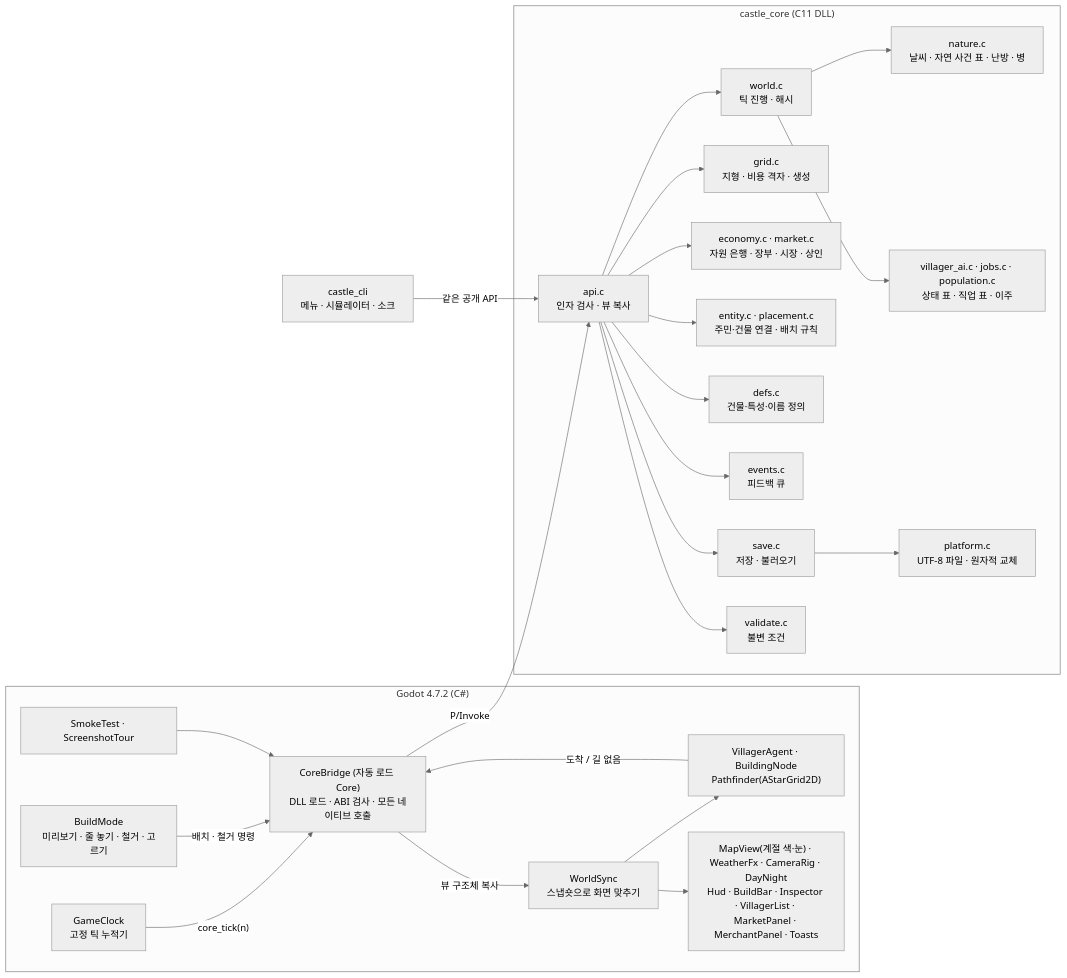
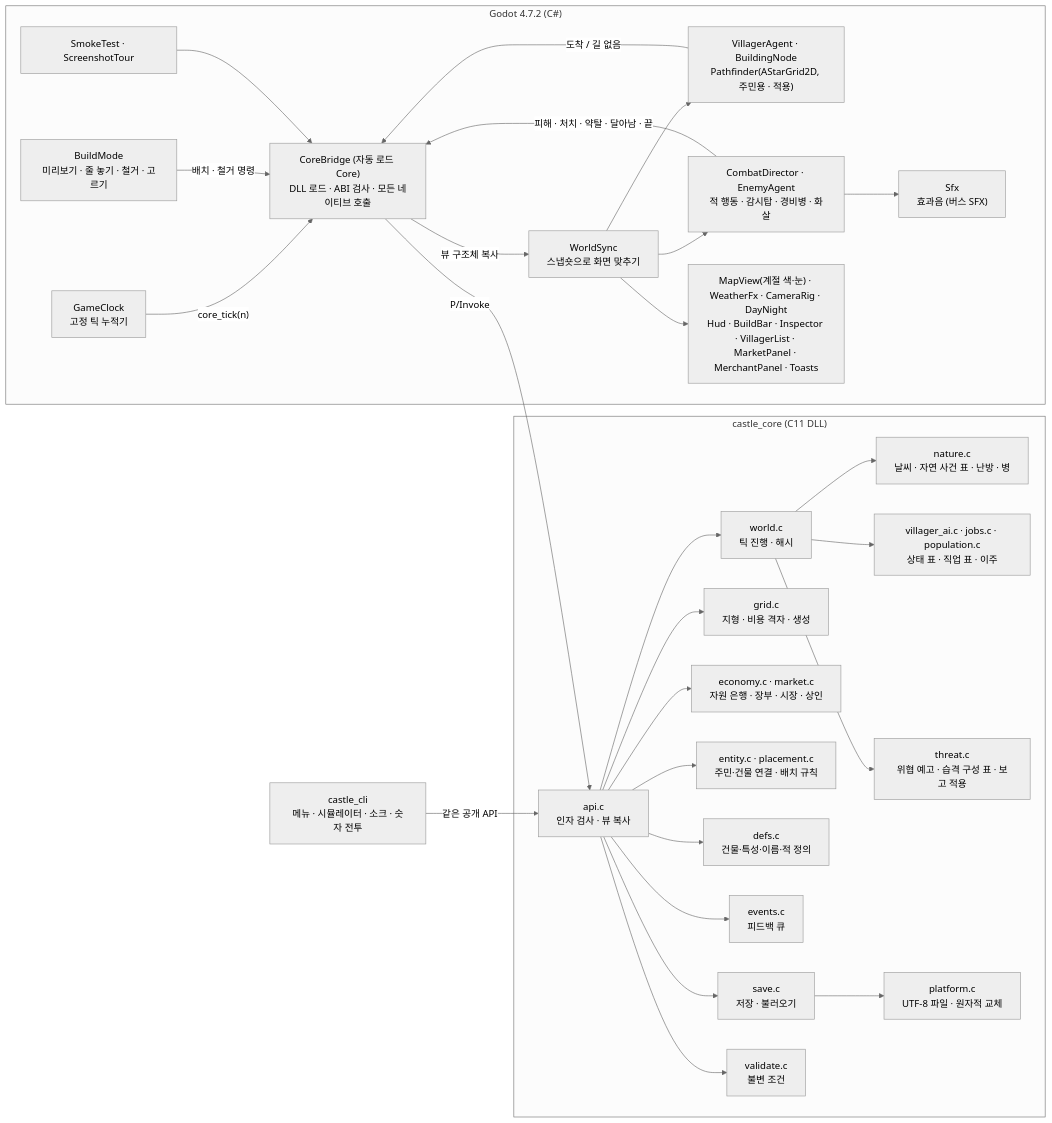
The first of 2 diagrams in docs/ARCHITECTURE.md (jkanggpt/project), drawn with Mermaid (neutral theme) before and after one commit. The commit also changed other lines of this file and 12 other files, not shown here.

````diff
--- a/docs/ARCHITECTURE.md
+++ b/docs/ARCHITECTURE.md
@@ -7,39 +7,45 @@
 ```mermaid
 flowchart LR
     subgraph Godot["Godot 4.7.2 (C#)"]
         Clock["GameClock<br/>고정 틱 누적기"]
         Bridge["CoreBridge (자동 로드 Core)<br/>DLL 로드 · ABI 검사 · 모든 네이티브 호출"]
         Sync["WorldSync<br/>스냅숏으로 화면 맞추기"]
-        Units["VillagerAgent · BuildingNode<br/>Pathfinder(AStarGrid2D)"]
+        Units["VillagerAgent · BuildingNode<br/>Pathfinder(AStarGrid2D, 주민용 · 적용)"]
+        Combat["CombatDirector · EnemyAgent<br/>적 행동 · 감시탑 · 경비병 · 화살"]
         Tools["BuildMode<br/>미리보기 · 줄 놓기 · 철거 · 고르기"]
         View["MapView(계절 색·눈) · WeatherFx · CameraRig · DayNight<br/>Hud · BuildBar · Inspector · VillagerList · MarketPanel · MerchantPanel · Toasts"]
         Debug["SmokeTest · ScreenshotTour"]
+        Audio["Sfx<br/>효과음 (버스 SFX)"]
     end
     subgraph C["castle_core (C11 DLL)"]
         API["api.c<br/>인자 검사 · 뷰 복사"]
         World["world.c<br/>틱 진행 · 해시"]
         Grid["grid.c<br/>지형 · 비용 격자 · 생성"]
         Eco["economy.c · market.c<br/>자원 은행 · 장부 · 시장 · 상인"]
         Nat["nature.c<br/>날씨 · 자연 사건 표 · 난방 · 병"]
         Ent["entity.c · placement.c<br/>주민·건물 연결 · 배치 규칙"]
         AI["villager_ai.c · jobs.c · population.c<br/>상태 표 · 직업 표 · 이주"]
-        Defs["defs.c<br/>건물·특성·이름 정의"]
+        Thr["threat.c<br/>위협 예고 · 습격 구성 표 · 보고 적용"]
+        Defs["defs.c<br/>건물·특성·이름·적 정의"]
         Ev["events.c<br/>피드백 큐"]
         Save["save.c<br/>저장 · 불러오기"]
         Val["validate.c<br/>불변 조건"]
         Plat["platform.c<br/>UTF-8 파일 · 원자적 교체"]
     end
-    CLI["castle_cli<br/>메뉴 · 시뮬레이터 · 소크"]
+    CLI["castle_cli<br/>메뉴 · 시뮬레이터 · 소크 · 숫자 전투"]
 
     Clock -- "core_tick(n)" --> Bridge
     Bridge -- "P/Invoke" --> API
     API --> World & Grid & Eco & Ev & Save & Val & Ent & Defs
-    World --> AI & Nat
+    World --> AI & Nat & Thr
     Save --> Plat
     Bridge -- "뷰 구조체 복사" --> Sync --> View
     Sync --> Units
     Units -- "도착 / 길 없음" --> Bridge
+    Sync --> Combat
+    Combat -- "피해 · 처치 · 약탈 · 달아남 · 끝" --> Bridge
+    Combat --> Audio
     Tools -- "배치 · 철거 명령" --> Bridge
     Debug --> Bridge
     CLI -- "같은 공개 API" --> API
 ```
````
